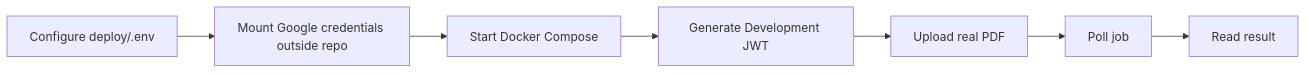
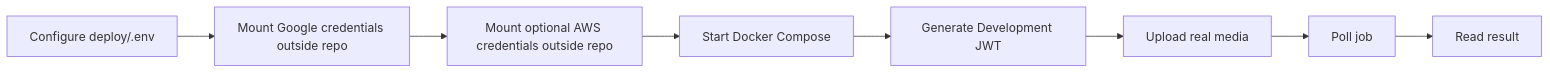
One commit to lokomurdok89/DeValpo.MediaIntelligence changed the diagram in README.md. Above: the diagram before and after it, drawn with Mermaid. The commit also changed other lines of this file and 12 other files, not shown here.

````diff
--- a/README.md
+++ b/README.md
@@ -69,9 +69,10 @@
 ```mermaid
 flowchart LR
     A["Configure deploy/.env"] --> B["Mount Google credentials outside repo"]
-    B --> C["Start Docker Compose"]
-    C --> D["Generate Development JWT"]
-    D --> E["Upload real PDF"]
-    E --> F["Poll job"]
-    F --> G["Read result"]
+    B --> C["Mount optional AWS credentials outside repo"]
+    C --> D["Start Docker Compose"]
+    D --> E["Generate Development JWT"]
+    E --> F["Upload real media"]
+    F --> G["Poll job"]
+    G --> H["Read result"]
 ```
````
